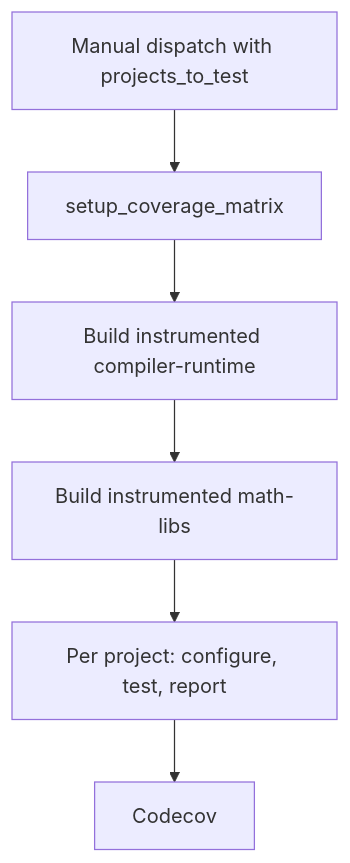
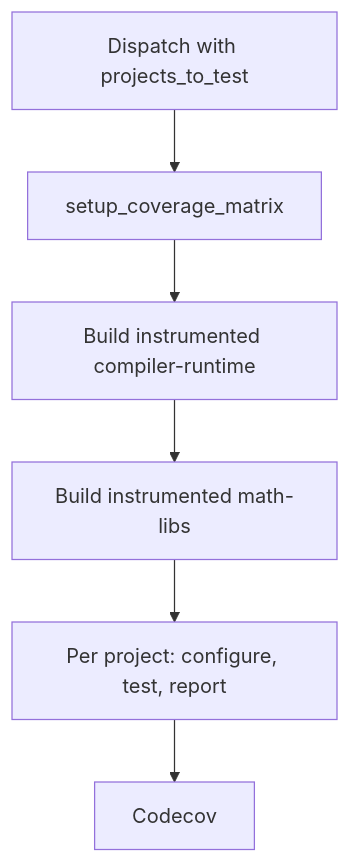
Before and after one commit to ROCm/TheRock: the diagram in docs/development/code_coverage.md, drawn with Mermaid. The commit also changed other lines of this file and 3 other files, not shown here.

````diff
--- a/docs/development/code_coverage.md
+++ b/docs/development/code_coverage.md
@@ -163,8 +107,8 @@
 ```mermaid
 graph TD
-    dispatch[Manual dispatch with projects_to_test] --> matrix[setup_coverage_matrix]
+    dispatch[Dispatch with projects_to_test] --> matrix[setup_coverage_matrix]
     matrix --> compilerRuntime[Build instrumented compiler-runtime]
     compilerRuntime --> mathLibs[Build instrumented math-libs]
     mathLibs --> report[Per project: configure, test, report]
     report --> codecov[Codecov]
 ```
````
